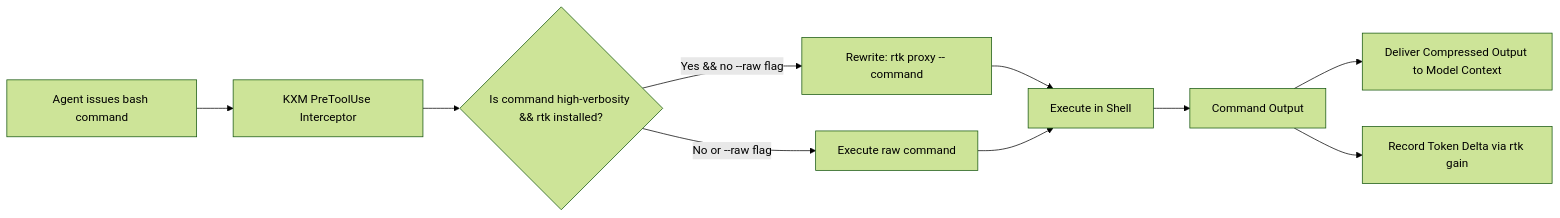
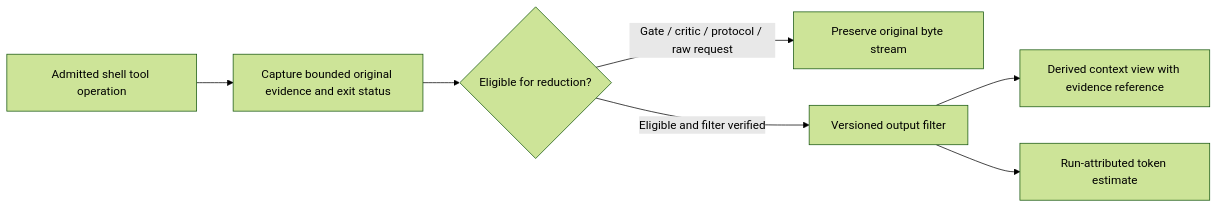
The diagram in plans/plan-token-reduction-rtk-ai.md (kontextmind/kxm), drawn with Mermaid (forest theme) before and after one commit. The commit also changed other lines of this file and 36 other files, not shown here.

Commit message:
docs(plans): consolidate KXM roadmap and fork research (#211)

````diff
--- a/plans/plan-token-reduction-rtk-ai.md
+++ b/plans/plan-token-reduction-rtk-ai.md
@@ -78,12 +78,9 @@
 ```mermaid
 flowchart LR
-    Agent[Agent issues bash command] --> PreHook[KXM PreToolUse Interceptor]
-    PreHook --> Decision{Is command high-verbosity && rtk installed?}
-    Decision -->|Yes && no --raw flag| Rewriter[Rewrite: rtk proxy -- command]
-    Decision -->|No or --raw flag| PassThrough[Execute raw command]
-    Rewriter --> Shell[Execute in Shell]
-    PassThrough --> Shell
-    Shell --> Output[Command Output]
-    Output --> Context[Deliver Compressed Output to Model Context]
-    Output --> Metrics[Record Token Delta via rtk gain]
+    Shell[Admitted shell tool operation] --> Evidence[Capture bounded original evidence and exit status]
+    Evidence --> Policy{Eligible for reduction?}
+    Policy -->|Gate / critic / protocol / raw request| Raw[Preserve original byte stream]
+    Policy -->|Eligible and filter verified| Filter[Versioned output filter]
+    Filter --> Context[Derived context view with evidence reference]
+    Filter --> Metrics[Run-attributed token estimate]
 ```
````
